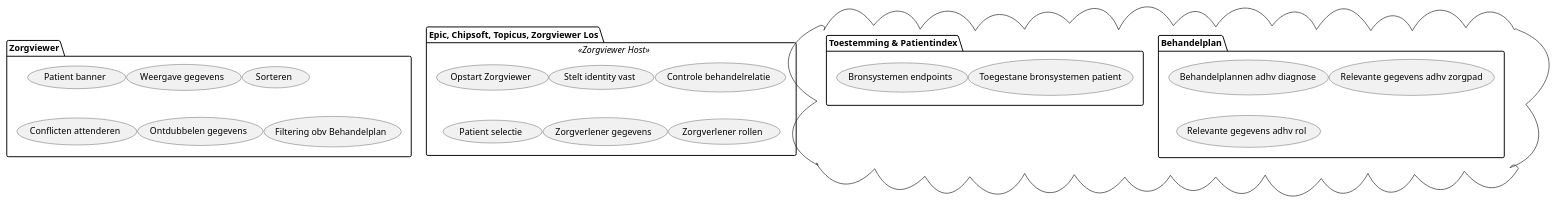
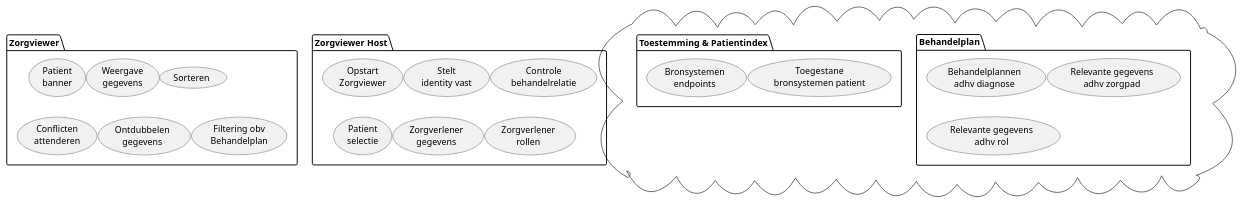
One commit to RIVO-Noord/zorgviewer-ig changed the diagram in input/images-source/Functionaliteiten.plantuml. Above: the diagram before and after it, drawn with PlantUML. The commit also changed 6 other files, not shown here.

```diff
--- a/input/images-source/Functionaliteiten.plantuml
+++ b/input/images-source/Functionaliteiten.plantuml
@@ -1,37 +1,36 @@
 @startuml
 
-'left to right direction
 skinparam nodesep 1
 skinparam ranksep 1
 
 package "Zorgviewer" {
- (Patient banner)
- (Weergave gegevens)
+ (Patient\nbanner)
+ (Weergave\ngegevens)
  (Sorteren)
- (Conflicten attenderen)
- (Ontdubbelen gegevens)
- (Filtering obv Behandelplan)
+ (Conflicten\nattenderen)
+ (Ontdubbelen\ngegevens)
+ (Filtering obv\nBehandelplan)
 }
 
-package "Epic, Chipsoft, Topicus, Zorgviewer Los" <<Zorgviewer Host>> {
- (Opstart Zorgviewer)
- (Stelt identity vast)
- (Controle behandelrelatie)
- (Patient selectie)
- (Zorgverlener gegevens)
- (Zorgverlener rollen)
+package "Zorgviewer Host" {
+ (Opstart\nZorgviewer)
+ (Stelt\nidentity vast)
+ (Controle\nbehandelrelatie)
+ (Patient\nselectie)
+ (Zorgverlener\ngegevens)
+ (Zorgverlener\nrollen)
 }
 
 cloud {
  package "Behandelplan" {
-  (Behandelplannen adhv diagnose)
-  (Relevante gegevens adhv zorgpad)
-  (Relevante gegevens adhv rol)
+  (Behandelplannen\nadhv diagnose)
+  (Relevante gegevens\nadhv zorgpad)
+  (Relevante gegevens\nadhv rol)
  }
  package "Toestemming & Patientindex" {
-  (Toegestane bronsystemen patient)
-  (Bronsystemen endpoints)
+  (Toegestane\nbronsystemen patient)
+  (Bronsystemen\nendpoints)
  }
 }
 
 @enduml
```
